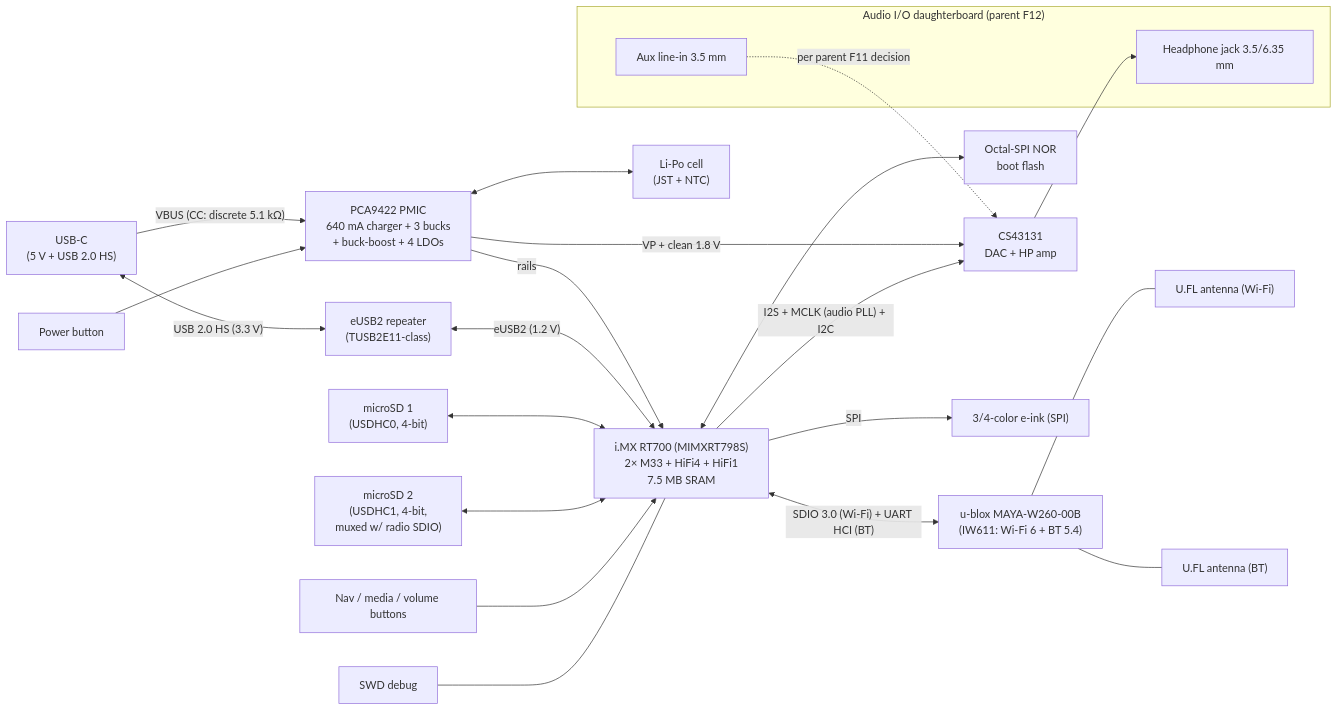
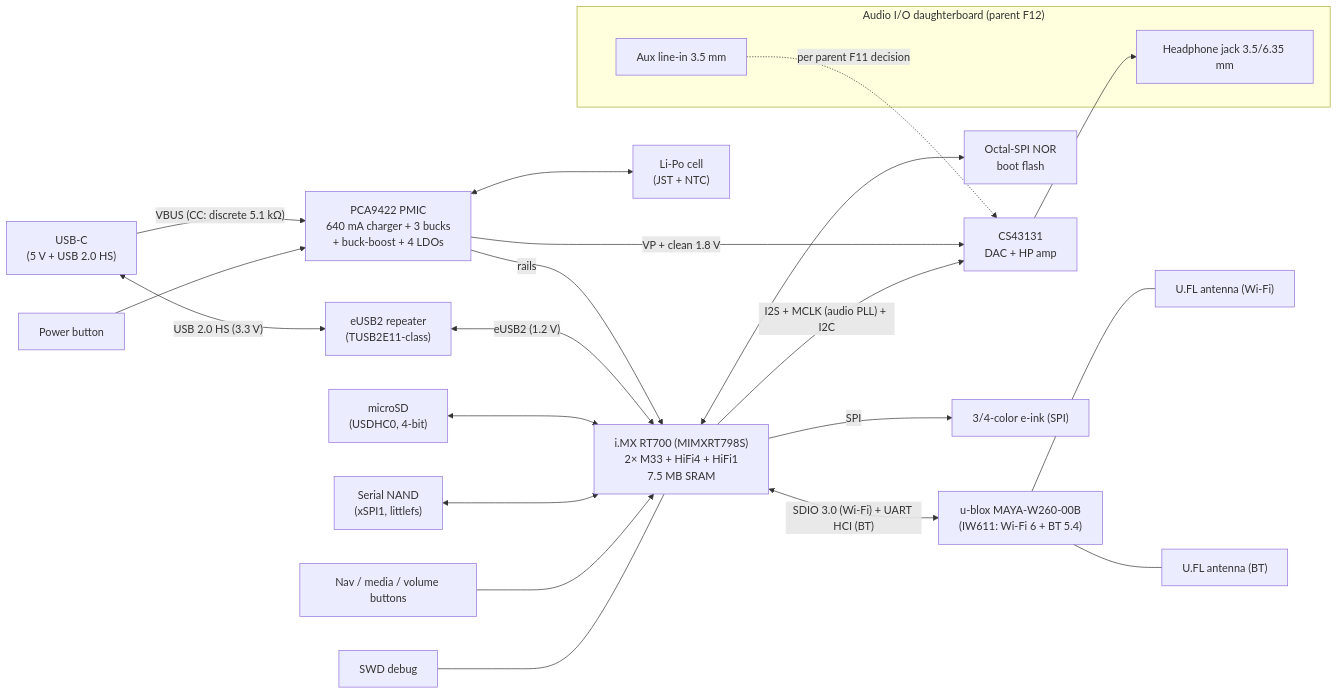
The diagram in EVT1.md (hoover55/osap), drawn with Mermaid before and after one commit. The commit also changed other lines of this file and 1 other file, not shown here.

First line of the commit message:
Single microSD slot; add internal serial NAND on xSPI1

````diff
--- a/EVT1.md
+++ b/EVT1.md
@@ -63,43 +65,43 @@
 ```mermaid
 flowchart LR
     USBC["USB-C<br/>(5 V + USB 2.0 HS)"]
     PMIC["PCA9422 PMIC<br/>640 mA charger + 3 bucks<br/>+ buck-boost + 4 LDOs"]
     RPT["eUSB2 repeater<br/>(TUSB2E11-class)"]
     BATT["Li-Po cell<br/>(JST + NTC)"]
     PWRB["Power button"]
     MCU["i.MX RT700 (MIMXRT798S)<br/>2× M33 + HiFi4 + HiFi1<br/>7.5 MB SRAM"]
     FLASH["Octal-SPI NOR<br/>boot flash"]
     RADIO["u-blox MAYA-W260-00B<br/>(IW611: Wi-Fi 6 + BT 5.4)"]
     ANT1["U.FL antenna (Wi-Fi)"]
     ANT2["U.FL antenna (BT)"]
     DAC["CS43131<br/>DAC + HP amp"]
-    SD1["microSD 1<br/>(USDHC0, 4-bit)"]
-    SD2["microSD 2<br/>(USDHC1, 4-bit,<br/>muxed w/ radio SDIO)"]
+    SD["microSD<br/>(USDHC0, 4-bit)"]
+    NAND["Serial NAND<br/>(xSPI1, littlefs)"]
     EINK["3/4-color e-ink (SPI)"]
     BTNS["Nav / media / volume buttons"]
     SWD["SWD debug"]
 
     subgraph DB["Audio I/O daughterboard (parent F12)"]
         JACK["Headphone jack 3.5/6.35 mm"]
         AUX["Aux line-in 3.5 mm"]
     end
 
     USBC -- "VBUS (CC: discrete 5.1 kΩ)" --> PMIC
     PMIC <--> BATT
     PWRB --> PMIC
     PMIC -- "rails" --> MCU
     PMIC -- "VP + clean 1.8 V" --> DAC
     USBC <-- "USB 2.0 HS (3.3 V)" --> RPT
     RPT <-- "eUSB2 (1.2 V)" --> MCU
     MCU <--> FLASH
     MCU -- "I2S + MCLK (audio PLL) + I2C" --> DAC --> JACK
     AUX -. "per parent F11 decision" .-> DAC
-    SD1 <--> MCU
-    SD2 <--> MCU
+    SD <--> MCU
+    NAND <--> MCU
     MCU -- "SPI" --> EINK
     BTNS --> MCU
     SWD --- MCU
     MCU <-- "SDIO 3.0 (Wi-Fi) + UART HCI (BT)" --> RADIO
     RADIO --- ANT1
     RADIO --- ANT2
 ```
````
